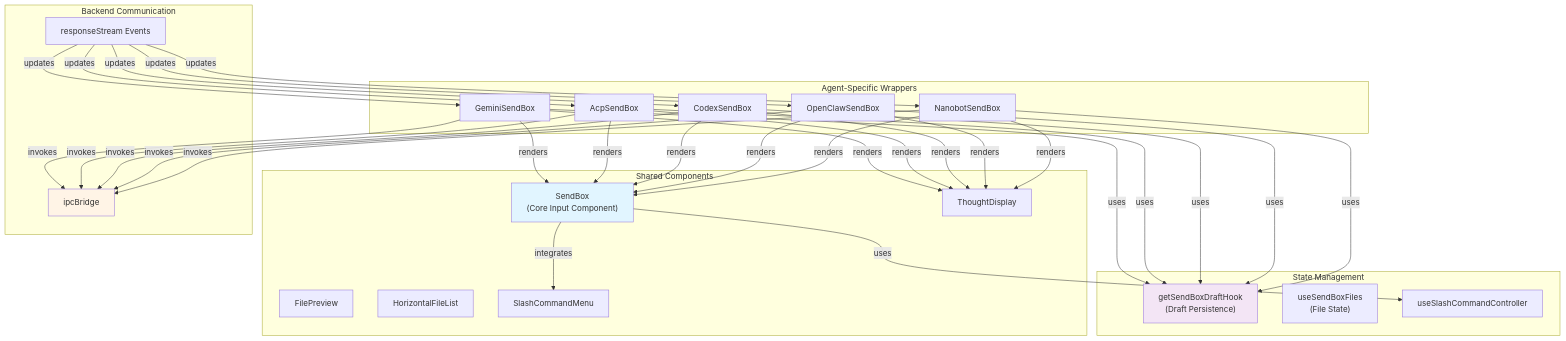
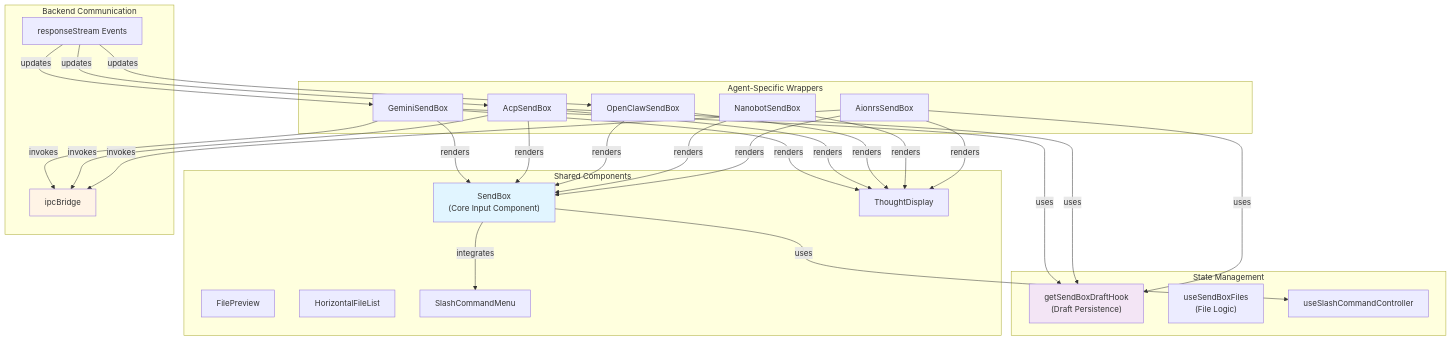
One commit to blackcater/zentree changed the first of 2 diagrams in docs/iOfficeAI_AionUi/user-interface/message-input-system.md. Above: the diagram before and after it, drawn with Mermaid. The commit also changed other lines of this file and 232 other files, not shown here.

````diff
--- a/docs/iOfficeAI_AionUi/user-interface/message-input-system.md
+++ b/docs/iOfficeAI_AionUi/user-interface/message-input-system.md
@@ -32,66 +54,60 @@
 ```mermaid
 graph TB
     subgraph "Agent-Specific Wrappers"
         GEMINI["GeminiSendBox"]
         ACP["AcpSendBox"]
-        CODEX["CodexSendBox"]
         OPENCLAW["OpenClawSendBox"]
         NANOBOT["NanobotSendBox"]
+        AIONRS["AionrsSendBox"]
     end
-
+    
     subgraph "Shared Components"
         SENDBOX["SendBox<br/>(Core Input Component)"]
         THOUGHT["ThoughtDisplay"]
         FILEPREVIEW["FilePreview"]
         HFILELIST["HorizontalFileList"]
         SLASHMENU["SlashCommandMenu"]
     end
-
+    
     subgraph "State Management"
         DRAFT["getSendBoxDraftHook<br/>(Draft Persistence)"]
-        FILESTATE["useSendBoxFiles<br/>(File State)"]
+        FILESTATE["useSendBoxFiles<br/>(File Logic)"]
         SLASHCTRL["useSlashCommandController"]
     end
-
+    
     subgraph "Backend Communication"
         IPC["ipcBridge"]
         STREAM["responseStream Events"]
     end
-
+    
     GEMINI -->|renders| SENDBOX
     ACP -->|renders| SENDBOX
-    CODEX -->|renders| SENDBOX
     OPENCLAW -->|renders| SENDBOX
     NANOBOT -->|renders| SENDBOX
-
+    AIONRS -->|renders| SENDBOX
+    
     GEMINI -->|renders| THOUGHT
     ACP -->|renders| THOUGHT
-    CODEX -->|renders| THOUGHT
     OPENCLAW -->|renders| THOUGHT
     NANOBOT -->|renders| THOUGHT
-
+    AIONRS -->|renders| THOUGHT
+    
     GEMINI -->|uses| DRAFT
     ACP -->|uses| DRAFT
-    CODEX -->|uses| DRAFT
-    OPENCLAW -->|uses| DRAFT
-    NANOBOT -->|uses| DRAFT
-
+    AIONRS -->|uses| DRAFT
+    
     SENDBOX -->|integrates| SLASHMENU
     SENDBOX -->|uses| SLASHCTRL
-
+    
     GEMINI -->|invokes| IPC
     ACP -->|invokes| IPC
-    CODEX -->|invokes| IPC
-    OPENCLAW -->|invokes| IPC
-    NANOBOT -->|invokes| IPC
-
+    AIONRS -->|invokes| IPC
+    
     STREAM -->|updates| GEMINI
     STREAM -->|updates| ACP
-    STREAM -->|updates| CODEX
     STREAM -->|updates| OPENCLAW
-    STREAM -->|updates| NANOBOT
-
+    
     style SENDBOX fill:#e1f5ff
     style DRAFT fill:#f3e5f5
     style IPC fill:#fff4e6
 ```
````
